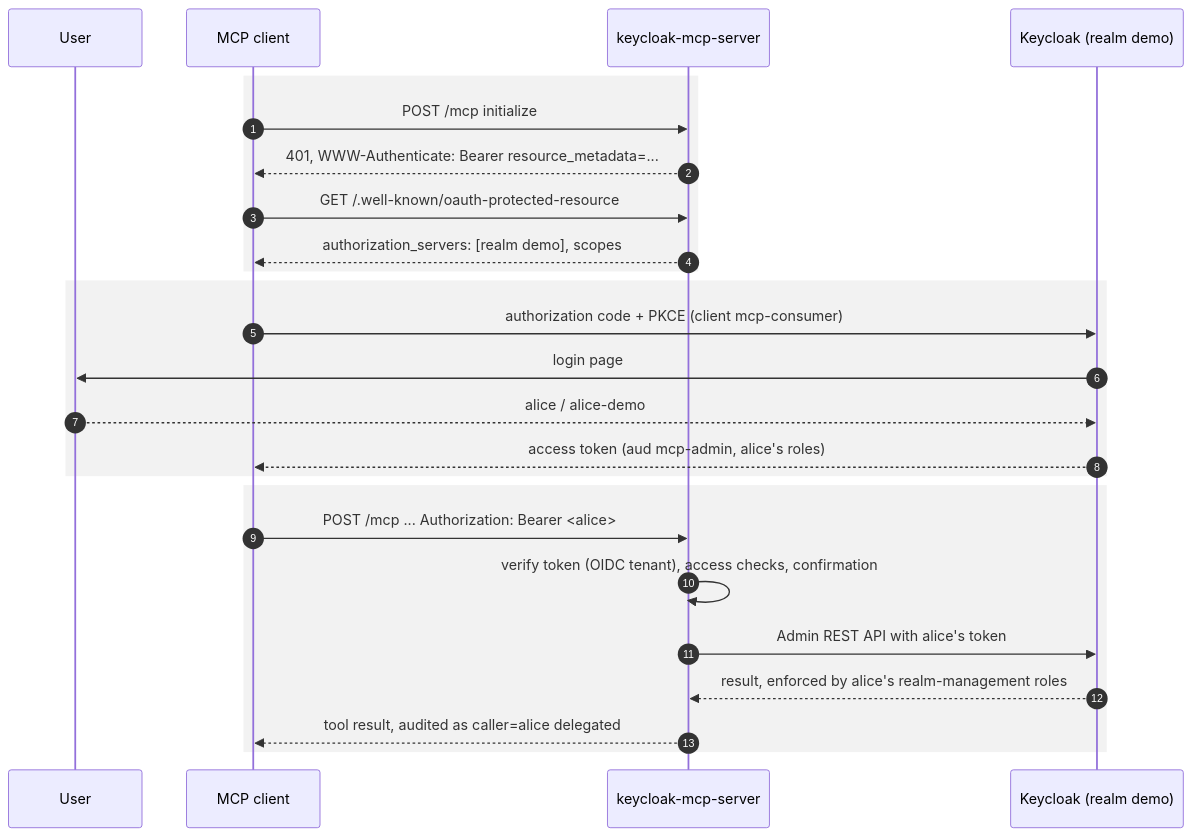
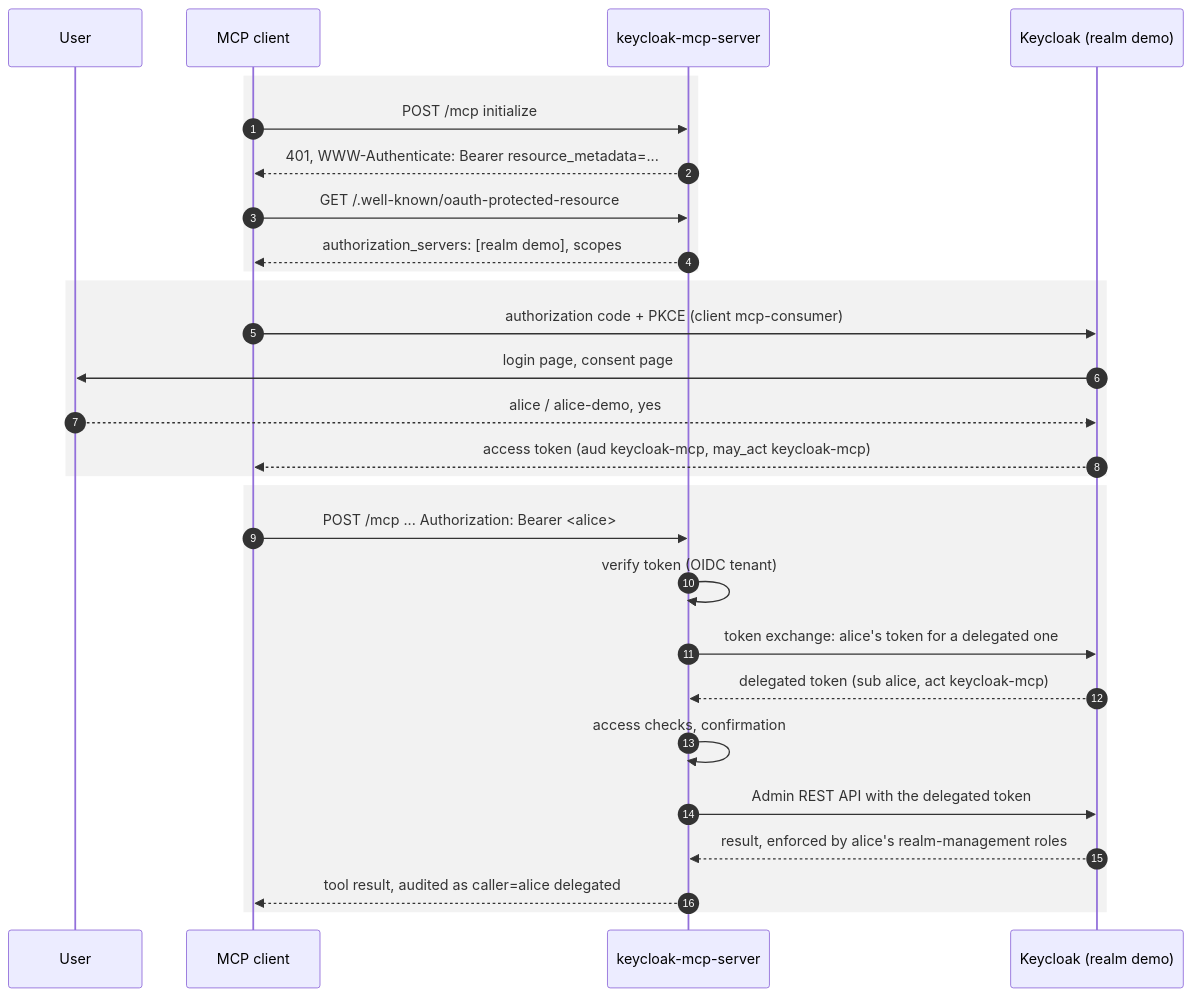
One commit to thomasdarimont/keycloak-mcp-server changed the second of 11 diagrams in docs/scenarios.md. Above: the diagram before and after it, drawn with Mermaid. The commit also changed other lines of this file and 126 other files, not shown here.

````diff
--- a/docs/scenarios.md
+++ b/docs/scenarios.md
@@ -42,27 +44,30 @@
 ```mermaid
 sequenceDiagram
     autonumber
     participant U as User
     participant C as MCP client
     participant S as keycloak-mcp-server
     participant K as Keycloak (realm demo)
     rect rgba(127,127,127,0.10)
     C->>S: POST /mcp initialize
     S-->>C: 401, WWW-Authenticate: Bearer resource_metadata=...
     C->>S: GET /.well-known/oauth-protected-resource
     S-->>C: authorization_servers: [realm demo], scopes
     end
     rect rgba(127,127,127,0.10)
     C->>K: authorization code + PKCE (client mcp-consumer)
-    K->>U: login page
-    U-->>K: alice / alice-demo
-    K-->>C: access token (aud mcp-admin, alice's roles)
+    K->>U: login page, consent page
+    U-->>K: alice / alice-demo, yes
+    K-->>C: access token (aud keycloak-mcp, may_act keycloak-mcp)
     end
     rect rgba(127,127,127,0.10)
     C->>S: POST /mcp ... Authorization: Bearer <alice>
-    S->>S: verify token (OIDC tenant), access checks, confirmation
-    S->>K: Admin REST API with alice's token
+    S->>S: verify token (OIDC tenant)
+    S->>K: token exchange: alice's token for a delegated one
+    K-->>S: delegated token (sub alice, act keycloak-mcp)
+    S->>S: access checks, confirmation
+    S->>K: Admin REST API with the delegated token
     K-->>S: result, enforced by alice's realm-management roles
     S-->>C: tool result, audited as caller=alice delegated
     end
 ```
````
